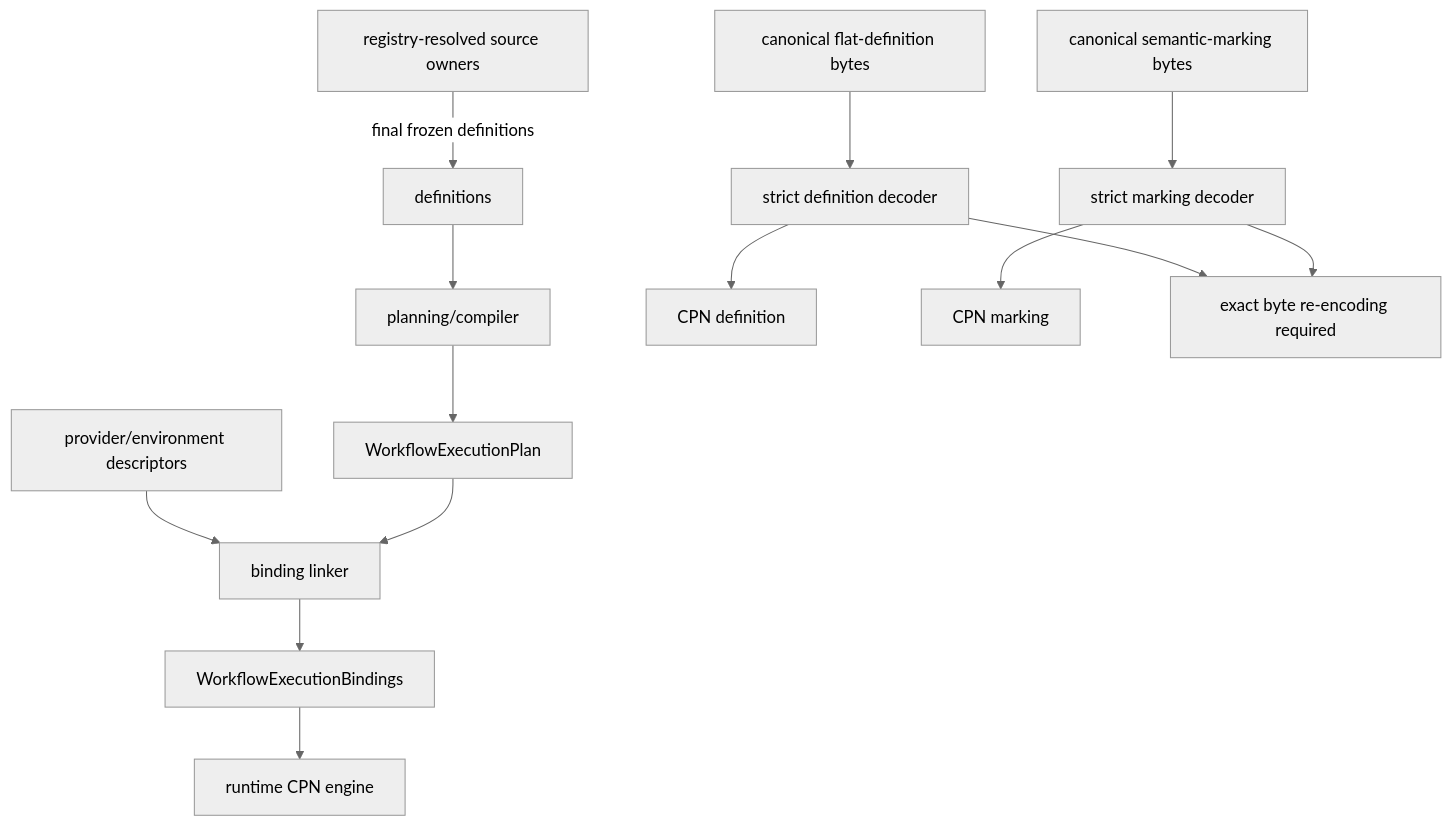
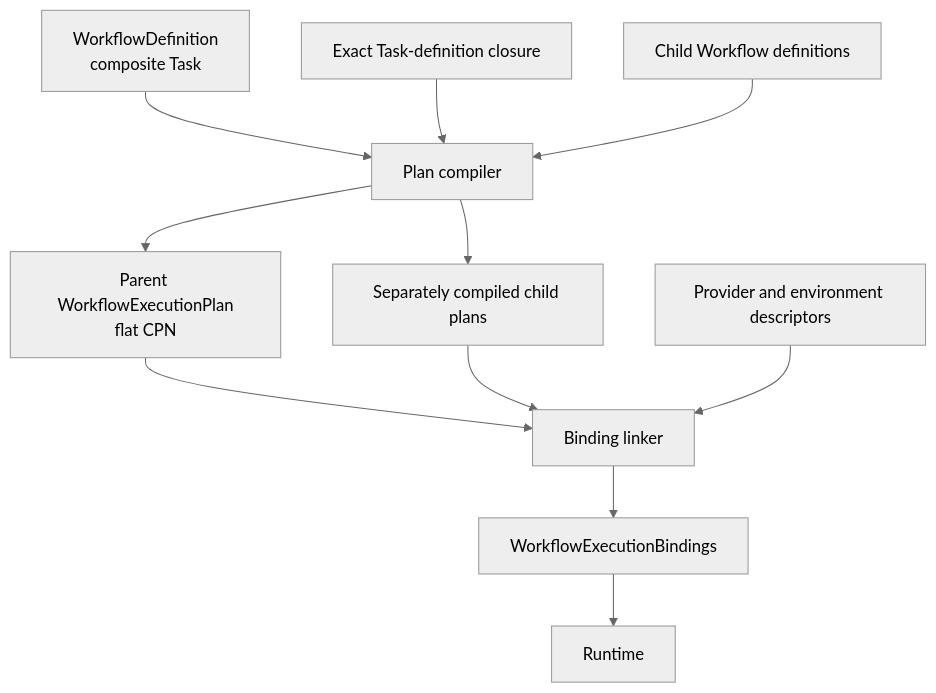
One commit to eragasa/projectkoios-workflow changed the diagram in docs/architecture/projectkoios/workflow/compilation/schematic.md. Above: the diagram before and after it, drawn with Mermaid (neutral theme). The commit also changed other lines of this file and 59 other files, not shown here.

First line of the commit message:
docs: define task workflow architecture iteration 2

````diff
--- a/docs/architecture/projectkoios/workflow/compilation/schematic.md
+++ b/docs/architecture/projectkoios/workflow/compilation/schematic.md
@@ -5,17 +5,24 @@
 ```mermaid
 flowchart TD
-    Registry[registry-resolved source owners] -->|final frozen definitions| Definitions[definitions]
-    Definitions --> Compiler[planning/compiler]
-    Compiler --> Plan[WorkflowExecutionPlan]
-    Descriptors[provider/environment descriptors] --> Linker[binding linker]
-    Plan --> Linker
-    Linker --> Bindings[WorkflowExecutionBindings]
-    Bindings --> Runtime[runtime CPN engine]
+    WD[WorkflowDefinition<br/>composite Task]
+    TD[Exact Task-definition closure]
+    CP[Plan compiler]
+    PP[Parent WorkflowExecutionPlan<br/>flat CPN]
+    CD[Child Workflow definitions]
+    CC[Separately compiled child plans]
+    PD[Provider and environment descriptors]
+    LK[Binding linker]
+    EB[WorkflowExecutionBindings]
+    RT[Runtime]
 
-    DefinitionBytes[canonical flat-definition bytes] --> DefinitionDecoder[strict definition decoder]
-    DefinitionDecoder --> Definition[CPN definition]
-    MarkingBytes[canonical semantic-marking bytes] --> MarkingDecoder[strict marking decoder]
-    MarkingDecoder --> Marking[CPN marking]
-    DefinitionDecoder --> Reencode[exact byte re-encoding required]
-    MarkingDecoder --> Reencode
+    WD --> CP
+    TD --> CP
+    CD --> CP
+    CP --> PP
+    CP --> CC
+    PP --> LK
+    CC --> LK
+    PD --> LK
+    LK --> EB
+    EB --> RT
 ```
````
